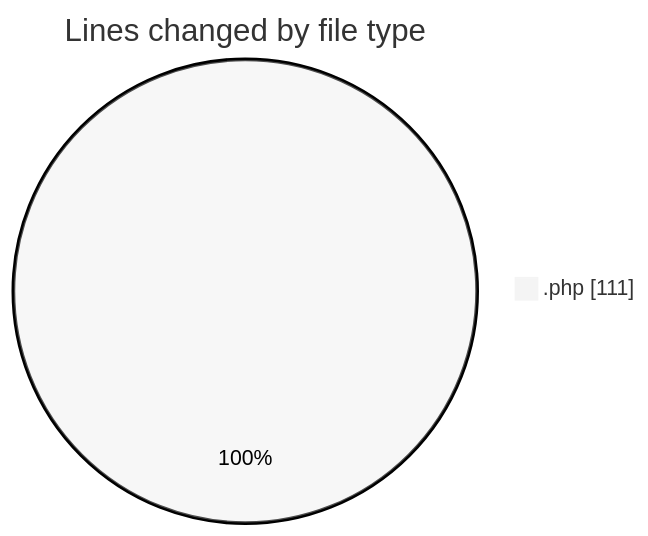
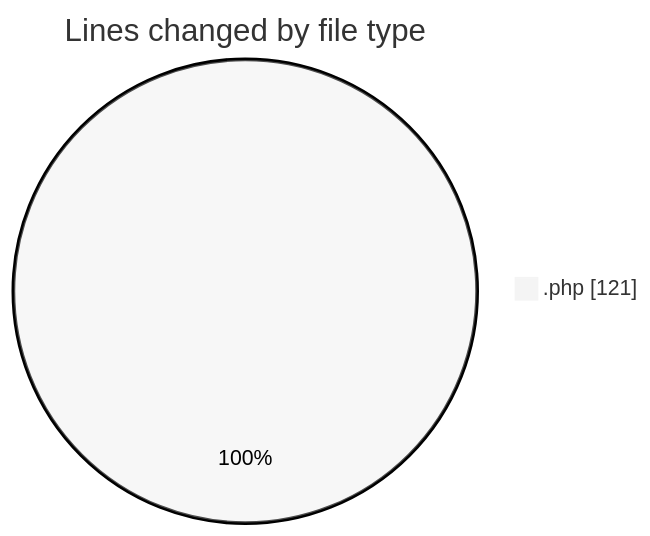
The first of 2 diagrams in 2025-01-17/oficina/README.md (LanceThiago/code-tracking), drawn with Mermaid (neutral theme) before and after one commit. The commit also changed other lines of this file and 1 other file, not shown here.

````diff
--- a/2025-01-17/oficina/README.md
+++ b/2025-01-17/oficina/README.md
@@ -20,5 +20,5 @@
 ```mermaid
 pie showData
 title Lines changed by file type
-".php" : 111
+".php" : 121
 ```
````
